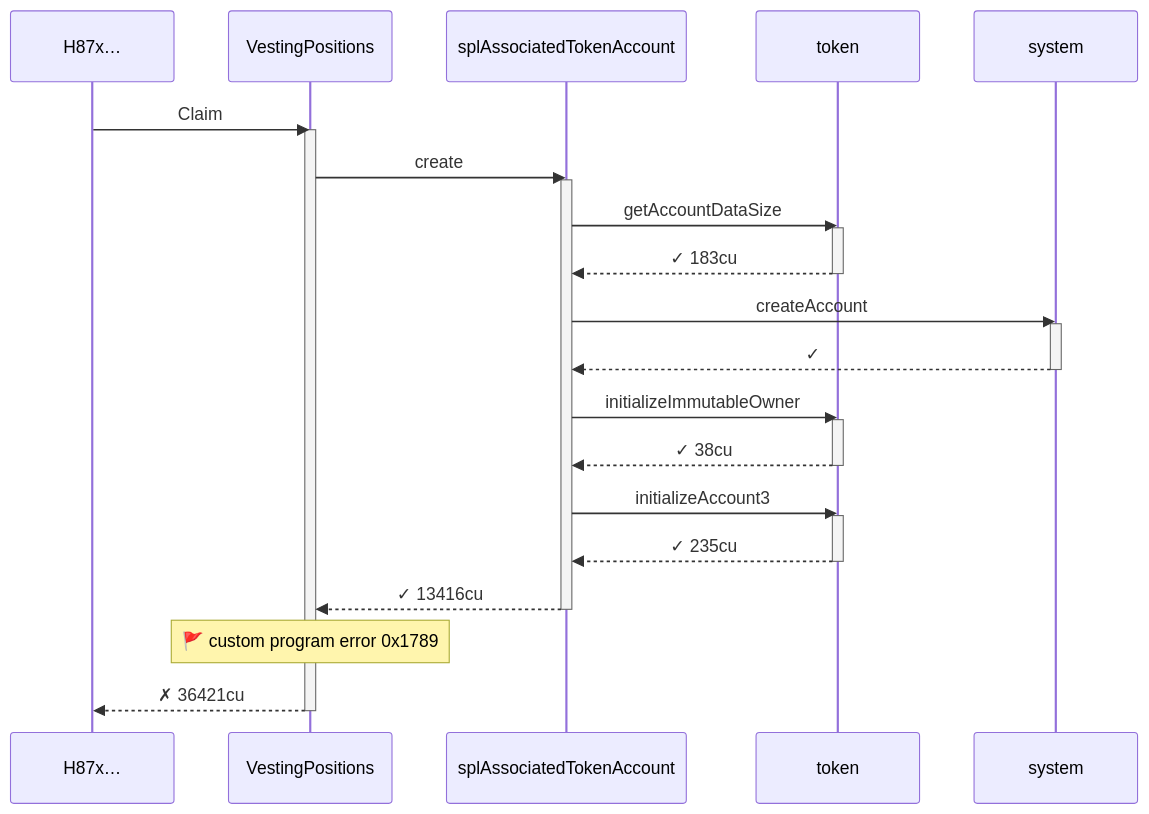
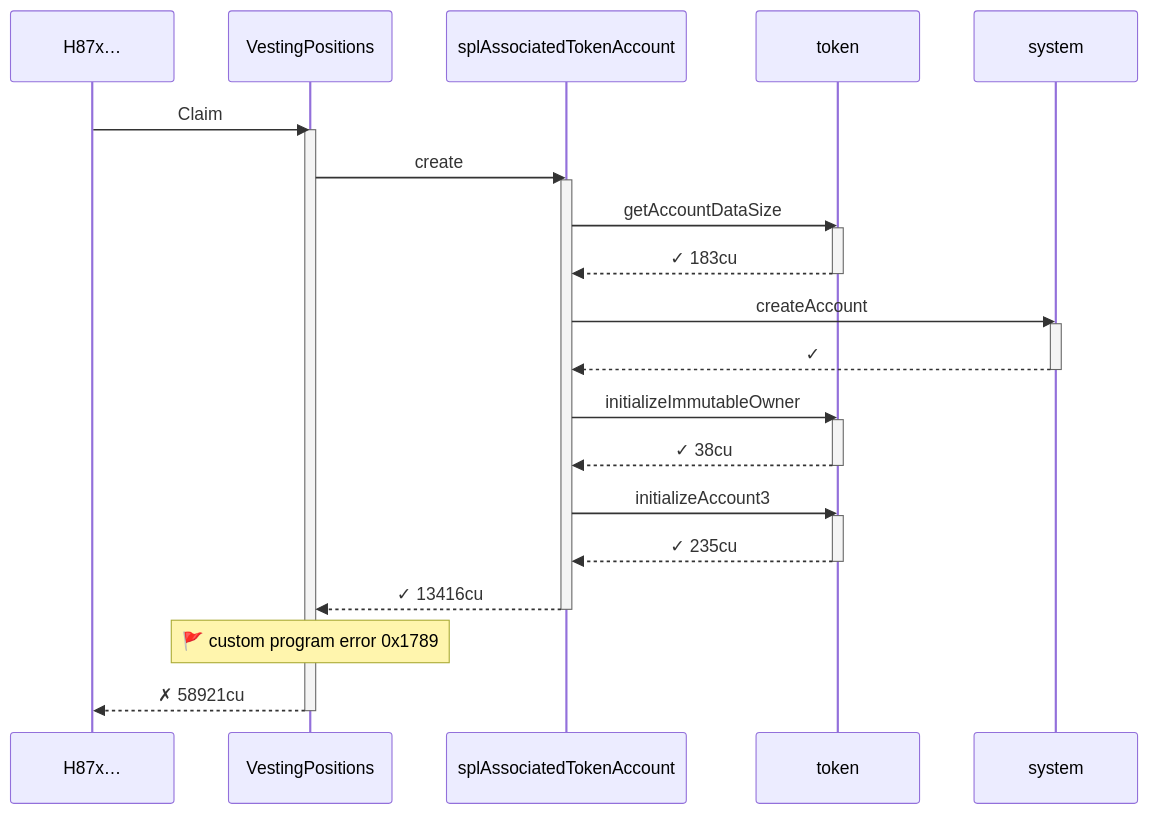
Before and after one commit to cds-turbin3/vesting-position: the seventh of 9 diagrams in babelfish-tests/test-report/clawback_unclaimed_recovers_allocation_and_blocks_claim.md, drawn with Mermaid. The commit also changed other lines of this file and 106 other files, not shown here.

````diff
--- a/babelfish-tests/test-report/clawback_unclaimed_recovers_allocation_and_blocks_claim.md
+++ b/babelfish-tests/test-report/clawback_unclaimed_recovers_allocation_and_blocks_claim.md
@@ -291,33 +302,33 @@
 ```mermaid
 sequenceDiagram
     participant p0 as H87x…
     participant p1 as VestingPositions
     participant p2 as splAssociatedTokenAccount
     participant p3 as token
     participant p4 as system
     p0->>p1: Claim
     activate p1
     p1->>p2: create
     activate p2
     p2->>p3: getAccountDataSize
     activate p3
     p3-->>p2: ✓ 183cu
     deactivate p3
     p2->>p4: createAccount
     activate p4
     p4-->>p2: ✓
     deactivate p4
     p2->>p3: initializeImmutableOwner
     activate p3
     p3-->>p2: ✓ 38cu
     deactivate p3
     p2->>p3: initializeAccount3
     activate p3
     p3-->>p2: ✓ 235cu
     deactivate p3
     p2-->>p1: ✓ 13416cu
     deactivate p2
     note over p1: 🚩 custom program error  0x1789
-    p1-->>p0: ✗ 36421cu
+    p1-->>p0: ✗ 58921cu
     deactivate p1
 ```
````
